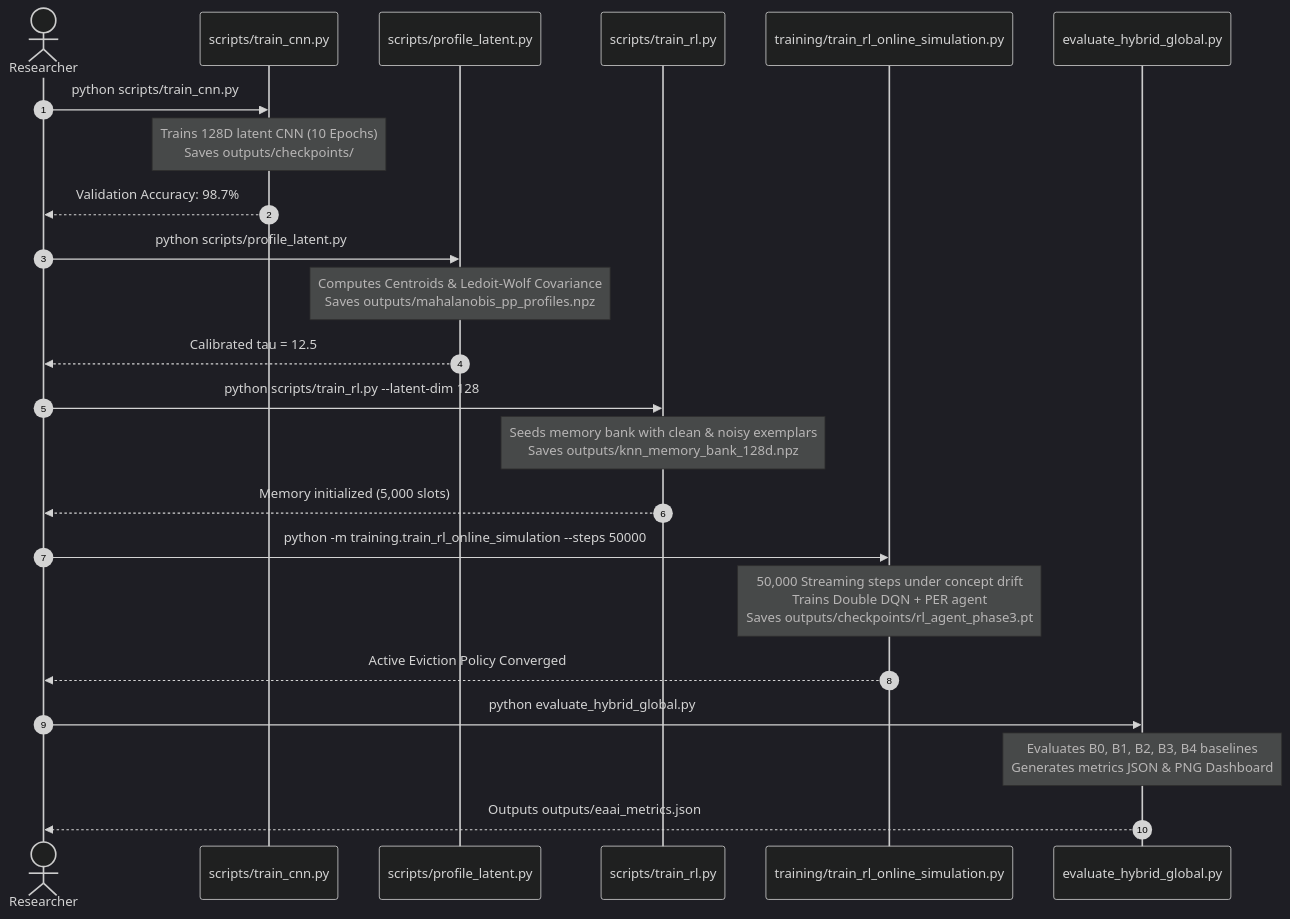
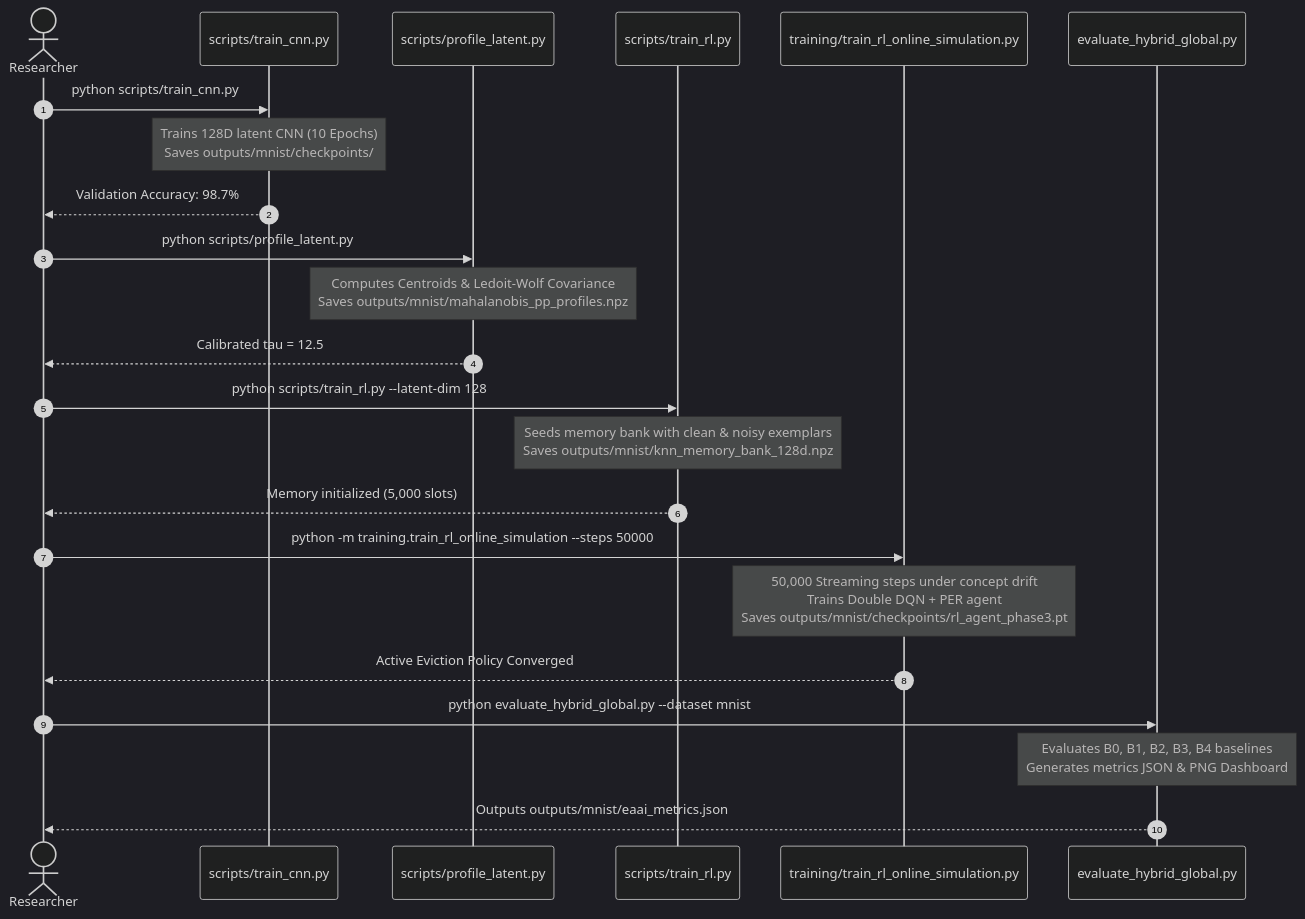
The first of 2 diagrams in docs/getting-started/quickstart.md (Santiago-1211173/projeto-cnn), drawn with Mermaid (dark theme) before and after one commit. The commit also changed other lines of this file and 58 other files, not shown here.

````diff
--- a/docs/getting-started/quickstart.md
+++ b/docs/getting-started/quickstart.md
@@ -219,30 +157,30 @@
 ```mermaid
 sequenceDiagram
     autonumber
     actor User as Researcher
     participant CNN as scripts/train_cnn.py
     participant OOD as scripts/profile_latent.py
     participant MEM as scripts/train_rl.py
     participant RL as training/train_rl_online_simulation.py
     participant EVAL as evaluate_hybrid_global.py
 
     User->>CNN: python scripts/train_cnn.py
-    Note over CNN: Trains 128D latent CNN (10 Epochs)<br>Saves outputs/checkpoints/
+    Note over CNN: Trains 128D latent CNN (10 Epochs)<br>Saves outputs/mnist/checkpoints/
     CNN-->>User: Validation Accuracy: 98.7%
 
     User->>OOD: python scripts/profile_latent.py
-    Note over OOD: Computes Centroids & Ledoit-Wolf Covariance<br>Saves outputs/mahalanobis_pp_profiles.npz
+    Note over OOD: Computes Centroids & Ledoit-Wolf Covariance<br>Saves outputs/mnist/mahalanobis_pp_profiles.npz
     OOD-->>User: Calibrated tau = 12.5
 
     User->>MEM: python scripts/train_rl.py --latent-dim 128
-    Note over MEM: Seeds memory bank with clean & noisy exemplars<br>Saves outputs/knn_memory_bank_128d.npz
+    Note over MEM: Seeds memory bank with clean & noisy exemplars<br>Saves outputs/mnist/knn_memory_bank_128d.npz
     MEM-->>User: Memory initialized (5,000 slots)
 
     User->>RL: python -m training.train_rl_online_simulation --steps 50000
-    Note over RL: 50,000 Streaming steps under concept drift<br>Trains Double DQN + PER agent<br>Saves outputs/checkpoints/rl_agent_phase3.pt
+    Note over RL: 50,000 Streaming steps under concept drift<br>Trains Double DQN + PER agent<br>Saves outputs/mnist/checkpoints/rl_agent_phase3.pt
     RL-->>User: Active Eviction Policy Converged
 
-    User->>EVAL: python evaluate_hybrid_global.py
+    User->>EVAL: python evaluate_hybrid_global.py --dataset mnist
     Note over EVAL: Evaluates B0, B1, B2, B3, B4 baselines<br>Generates metrics JSON & PNG Dashboard
-    EVAL-->>User: Outputs outputs/eaai_metrics.json
+    EVAL-->>User: Outputs outputs/mnist/eaai_metrics.json
 ```
````
